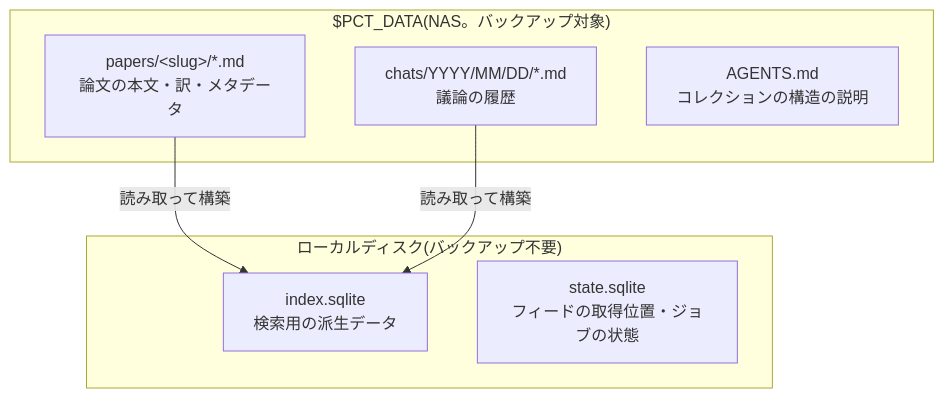
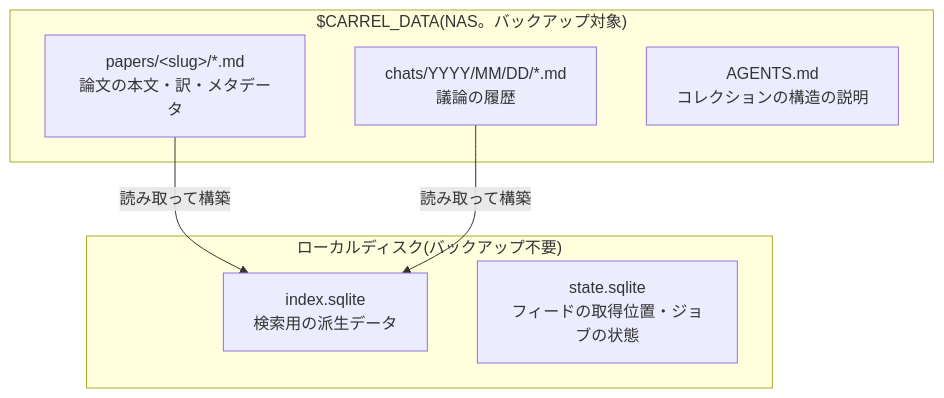
The diagram in docs/design/0002_data_contract.md (MatchaChoco010/carrel), drawn with Mermaid before and after one commit. The commit also changed other lines of this file and 103 other files, not shown here.

````diff
--- a/docs/design/0002_data_contract.md
+++ b/docs/design/0002_data_contract.md
@@ -65,16 +65,16 @@
 ```mermaid
 flowchart TD
-  subgraph nas["$PCT_DATA(NAS。バックアップ対象)"]
+  subgraph nas["$CARREL_DATA(NAS。バックアップ対象)"]
     P["papers/&lt;slug&gt;/*.md<br/>論文の本文・訳・メタデータ"]
     C["chats/YYYY/MM/DD/*.md<br/>議論の履歴"]
     A["AGENTS.md<br/>コレクションの構造の説明"]
   end
 
   subgraph local["ローカルディスク(バックアップ不要)"]
     I["index.sqlite<br/>検索用の派生データ"]
     S["state.sqlite<br/>フィードの取得位置・ジョブの状態"]
   end
 
   P -->|"読み取って構築"| I
   C -->|"読み取って構築"| I
 ```
````
